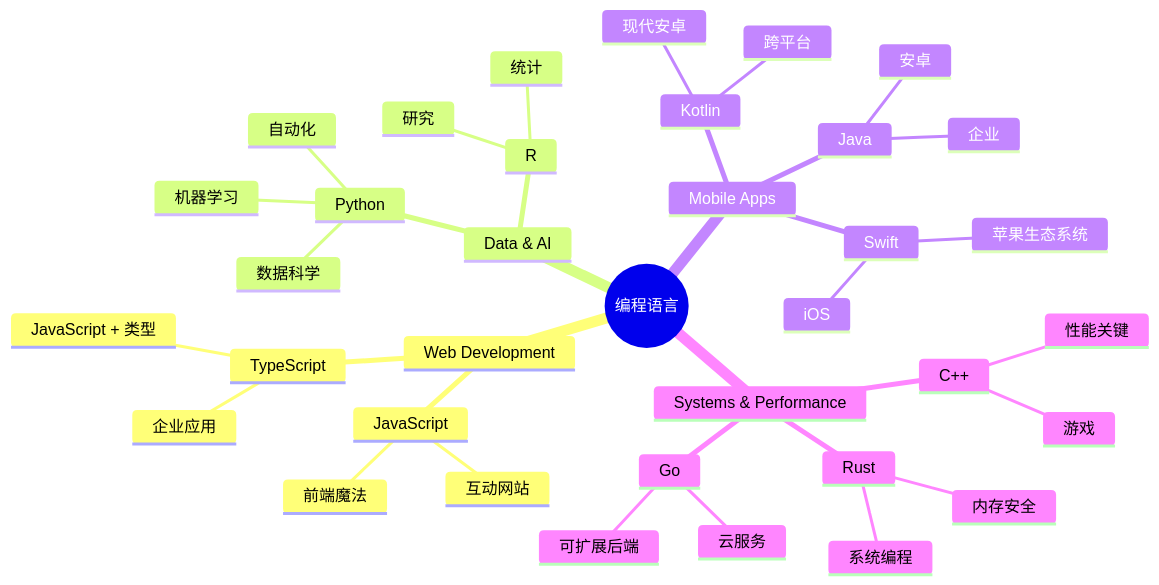
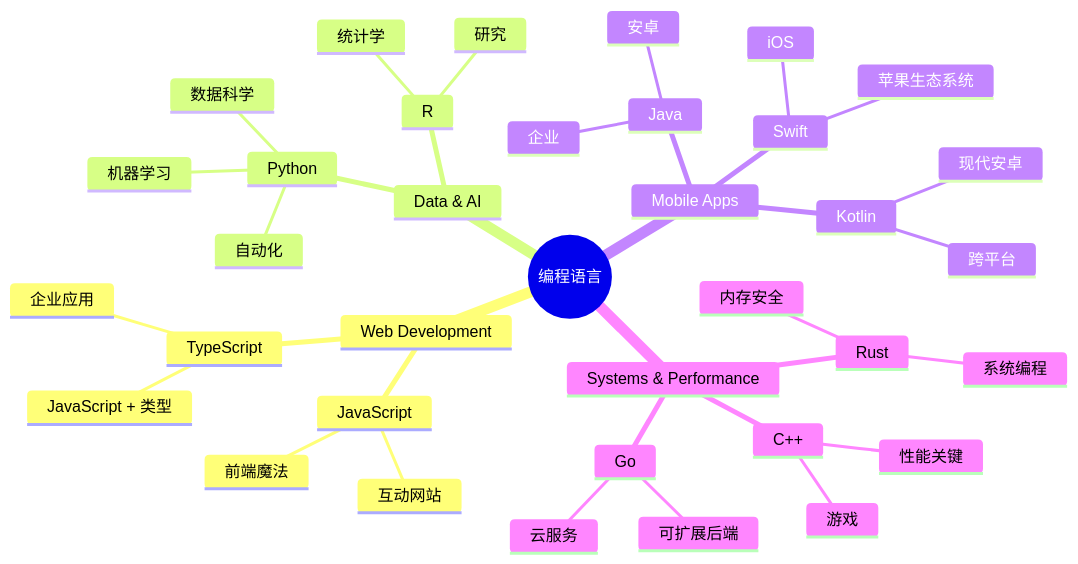
The second of 7 diagrams in translations/zh-CN/1-getting-started-lessons/1-intro-to-programming-languages/README.md (microsoft/Web-Dev-For-Beginners), drawn with Mermaid before and after one commit. The commit also changed other lines of this file and 11 other files, not shown here.

````diff
--- a/translations/zh-CN/1-getting-started-lessons/1-intro-to-programming-languages/README.md
+++ b/translations/zh-CN/1-getting-started-lessons/1-intro-to-programming-languages/README.md
@@ -84,39 +86,39 @@
 ```mermaid
 mindmap
   root((编程语言))
     Web Development
       JavaScript
         前端魔法
         互动网站
       TypeScript
         JavaScript + 类型
         企业应用
     Data & AI
       Python
         数据科学
         机器学习
         自动化
       R
-        统计
+        统计学
         研究
     Mobile Apps
       Java
         安卓
         企业
       Swift
         iOS
         苹果生态系统
       Kotlin
         现代安卓
         跨平台
     Systems & Performance
       C++
         游戏
         性能关键
       Rust
         内存安全
         系统编程
       Go
         云服务
         可扩展后端
 ```
````
